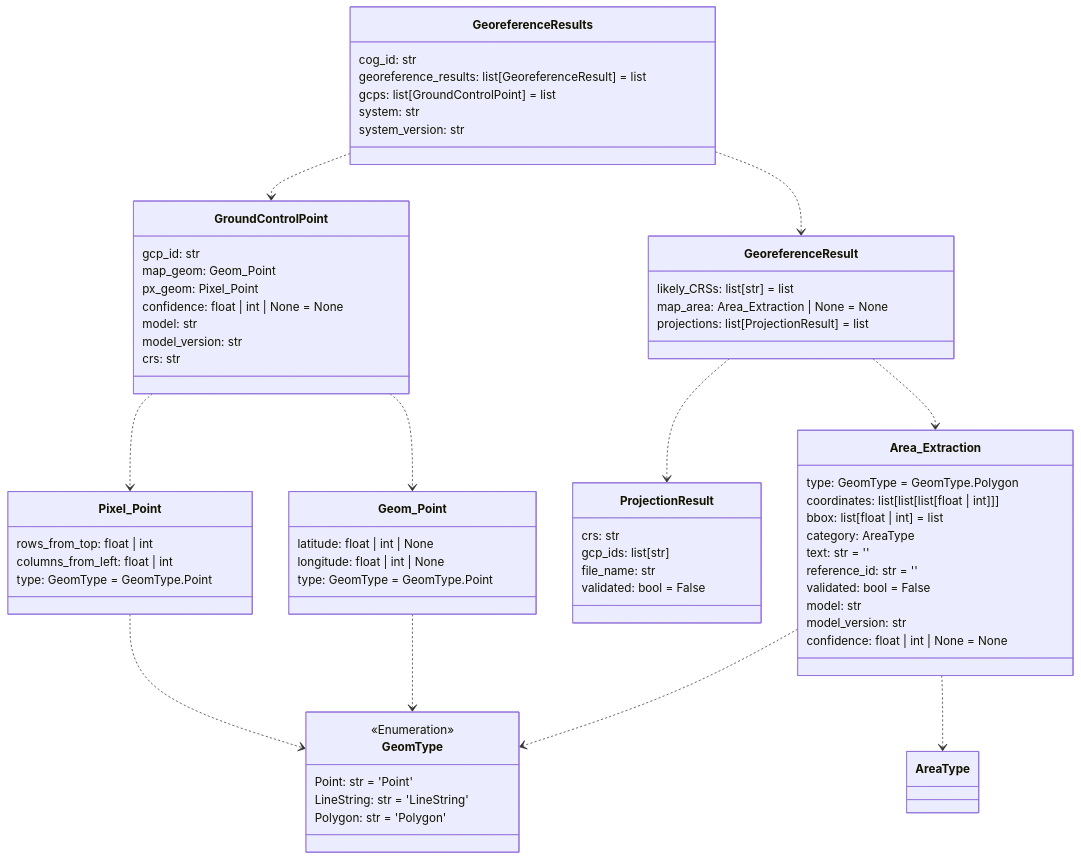
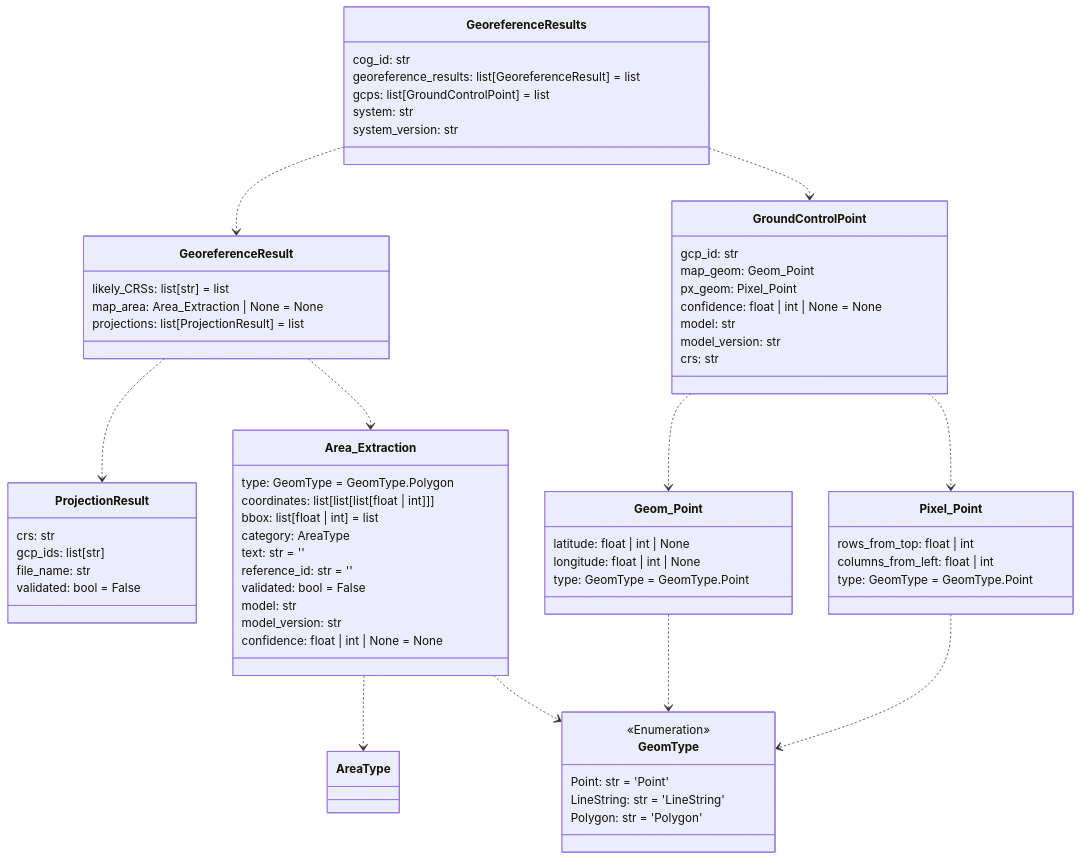
Before and after one commit to DARPA-CRITICALMAAS/cdr_schemas: the second of 14 diagrams in README.md, drawn with Mermaid. The commit also changed other lines of this file and 2 other files, not shown here.

````diff
--- a/README.md
+++ b/README.md
@@ -117,79 +117,79 @@
 ```mermaid
 classDiagram
+
+    class Area_Extraction {
+        type: GeomType = GeomType.Polygon
+        coordinates: list[list[list[float | int]]]
+        bbox: list[float | int] = list
+        category: AreaType
+        text: str = ''
+        reference_id: str = ''
+        validated: bool = False
+        model: str
+        model_version: str
+        confidence: float | int | None = None
+    }
+
+    class GroundControlPoint {
+        gcp_id: str
+        map_geom: Geom_Point
+        px_geom: Pixel_Point
+        confidence: float | int | None = None
+        model: str
+        model_version: str
+        crs: str
+    }
 
     class Geom_Point {
         latitude: float | int | None
         longitude: float | int | None
         type: GeomType = GeomType.Point
+    }
+
+    class GeoreferenceResults {
+        cog_id: str
+        georeference_results: list[GeoreferenceResult] = list
+        gcps: list[GroundControlPoint] = list
+        system: str
+        system_version: str
+    }
+
+    class GeomType {
+        <<Enumeration>>
+        Point: str = 'Point'
+        LineString: str = 'LineString'
+        Polygon: str = 'Polygon'
+    }
+
+    class ProjectionResult {
+        crs: str
+        gcp_ids: list[str]
+        file_name: str
+        validated: bool = False
     }
 
     class Pixel_Point {
         rows_from_top: float | int
         columns_from_left: float | int
         type: GeomType = GeomType.Point
     }
 
     class GeoreferenceResult {
         likely_CRSs: list[str] = list
         map_area: Area_Extraction | None = None
         projections: list[ProjectionResult] = list
     }
 
-    class GroundControlPoint {
-        gcp_id: str
-        map_geom: Geom_Point
-        px_geom: Pixel_Point
-        confidence: float | int | None = None
-        model: str
-        model_version: str
-        crs: str
-    }
-
-    class GeoreferenceResults {
-        cog_id: str
-        georeference_results: list[GeoreferenceResult] = list
-        gcps: list[GroundControlPoint] = list
-        system: str
-        system_version: str
-    }
-
-    class ProjectionResult {
-        crs: str
-        gcp_ids: list[str]
-        file_name: str
-        validated: bool = False
-    }
-
-    class Area_Extraction {
-        type: GeomType = GeomType.Polygon
-        coordinates: list[list[list[float | int]]]
-        bbox: list[float | int] = list
-        category: AreaType
-        text: str = ''
-        reference_id: str = ''
-        validated: bool = False
-        model: str
-        model_version: str
-        confidence: float | int | None = None
-    }
-
-    class GeomType {
-        <<Enumeration>>
-        Point: str = 'Point'
-        LineString: str = 'LineString'
-        Polygon: str = 'Polygon'
-    }
-
     Area_Extraction ..> AreaType
     Area_Extraction ..> GeomType
     Geom_Point ..> GeomType
     Pixel_Point ..> GeomType
+    GroundControlPoint ..> Geom_Point
     GroundControlPoint ..> Pixel_Point
-    GroundControlPoint ..> Geom_Point
+    GeoreferenceResult ..> ProjectionResult
     GeoreferenceResult ..> Area_Extraction
-    GeoreferenceResult ..> ProjectionResult
+    GeoreferenceResults ..> GeoreferenceResult
     GeoreferenceResults ..> GroundControlPoint
-    GeoreferenceResults ..> GeoreferenceResult
 
 
 ```
````
